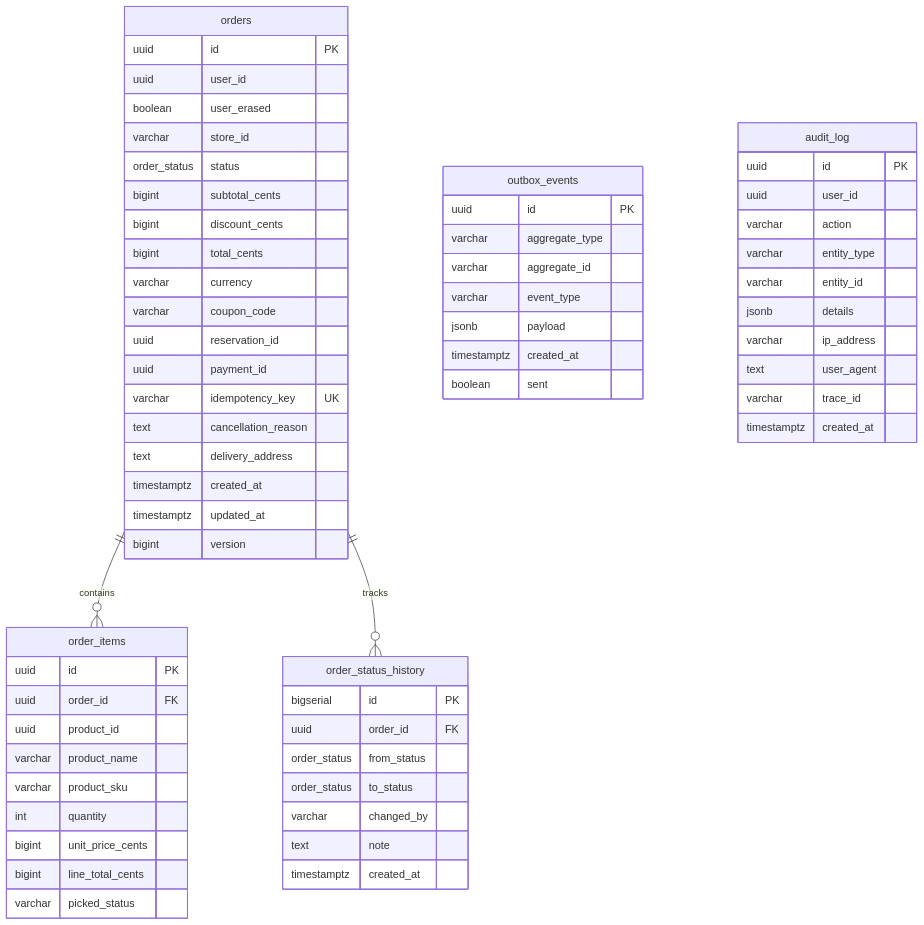
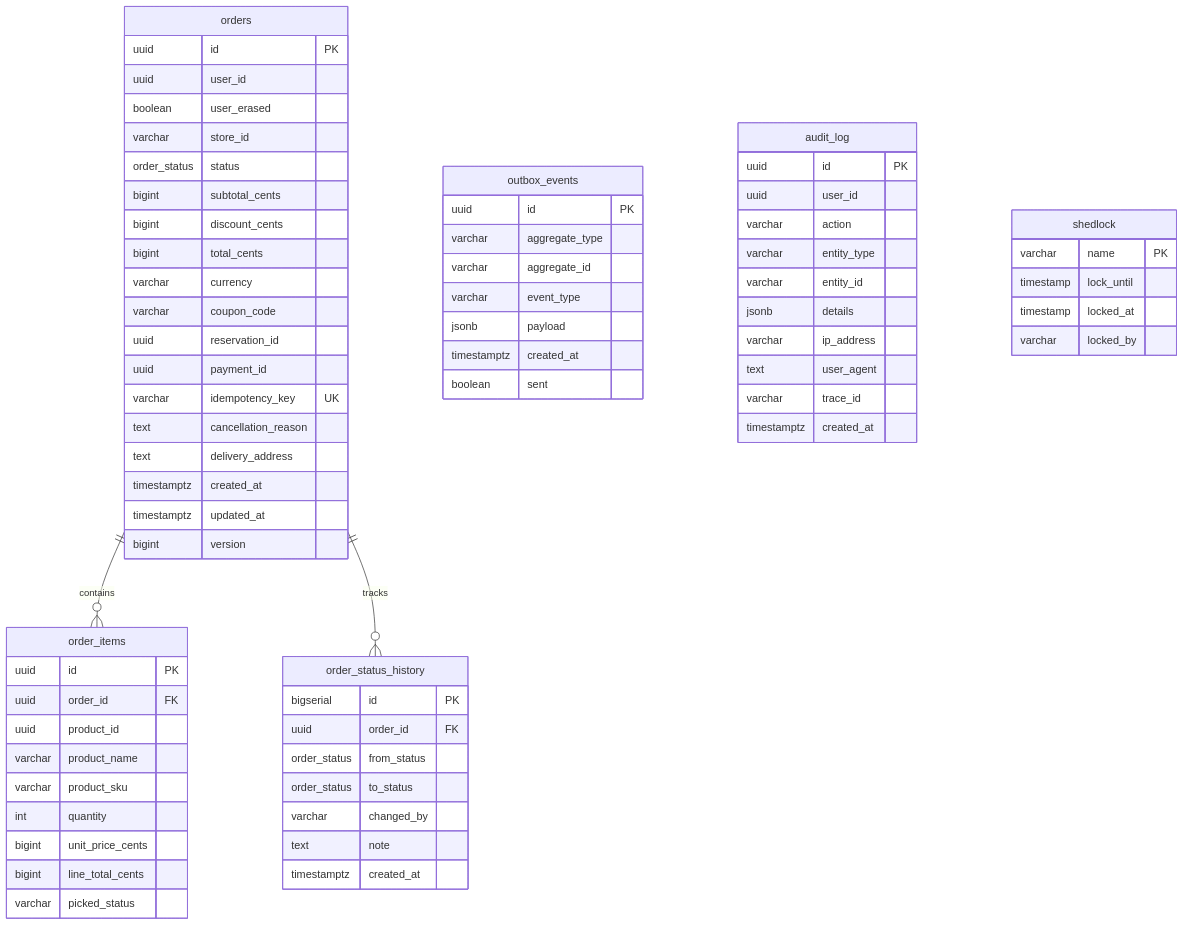
Before and after one commit to sunitakeazycommerz-a11y/InstaCommerce: the seventh of 8 diagrams in services/order-service/README.md, drawn with Mermaid. The commit also changed other lines of this file and 554 other files, not shown here.

````diff
--- a/services/order-service/README.md
+++ b/services/order-service/README.md
@@ -341,70 +573,77 @@
 ```mermaid
 erDiagram
     orders ||--o{ order_items : contains
     orders ||--o{ order_status_history : tracks
     orders {
         uuid id PK
         uuid user_id
         boolean user_erased
         varchar store_id
         order_status status
         bigint subtotal_cents
         bigint discount_cents
         bigint total_cents
         varchar currency
         varchar coupon_code
         uuid reservation_id
         uuid payment_id
         varchar idempotency_key UK
         text cancellation_reason
         text delivery_address
         timestamptz created_at
         timestamptz updated_at
         bigint version
     }
 
     order_items {
         uuid id PK
         uuid order_id FK
         uuid product_id
         varchar product_name
         varchar product_sku
         int quantity
         bigint unit_price_cents
         bigint line_total_cents
         varchar picked_status
     }
 
     order_status_history {
         bigserial id PK
         uuid order_id FK
         order_status from_status
         order_status to_status
         varchar changed_by
         text note
         timestamptz created_at
     }
 
     outbox_events {
         uuid id PK
         varchar aggregate_type
         varchar aggregate_id
         varchar event_type
         jsonb payload
         timestamptz created_at
         boolean sent
     }
 
     audit_log {
         uuid id PK
         uuid user_id
         varchar action
         varchar entity_type
         varchar entity_id
         jsonb details
         varchar ip_address
         text user_agent
         varchar trace_id
         timestamptz created_at
     }
+
+    shedlock {
+        varchar name PK
+        timestamp lock_until
+        timestamp locked_at
+        varchar locked_by
+    }
 ```
````
